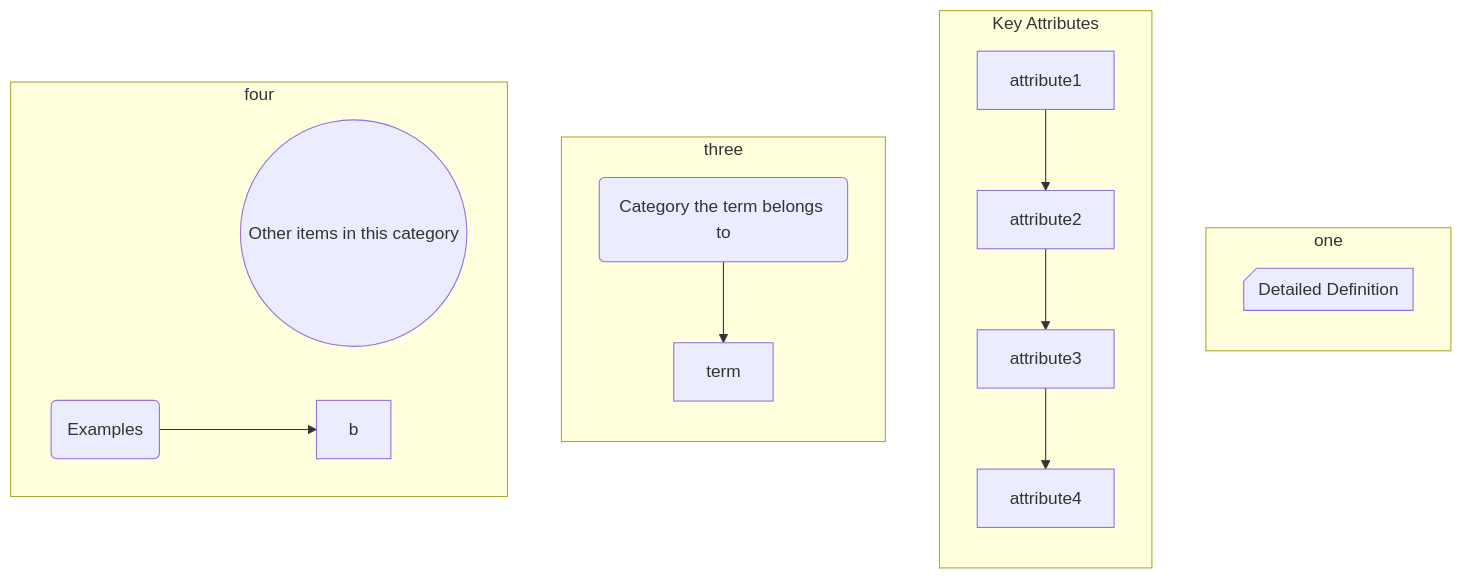
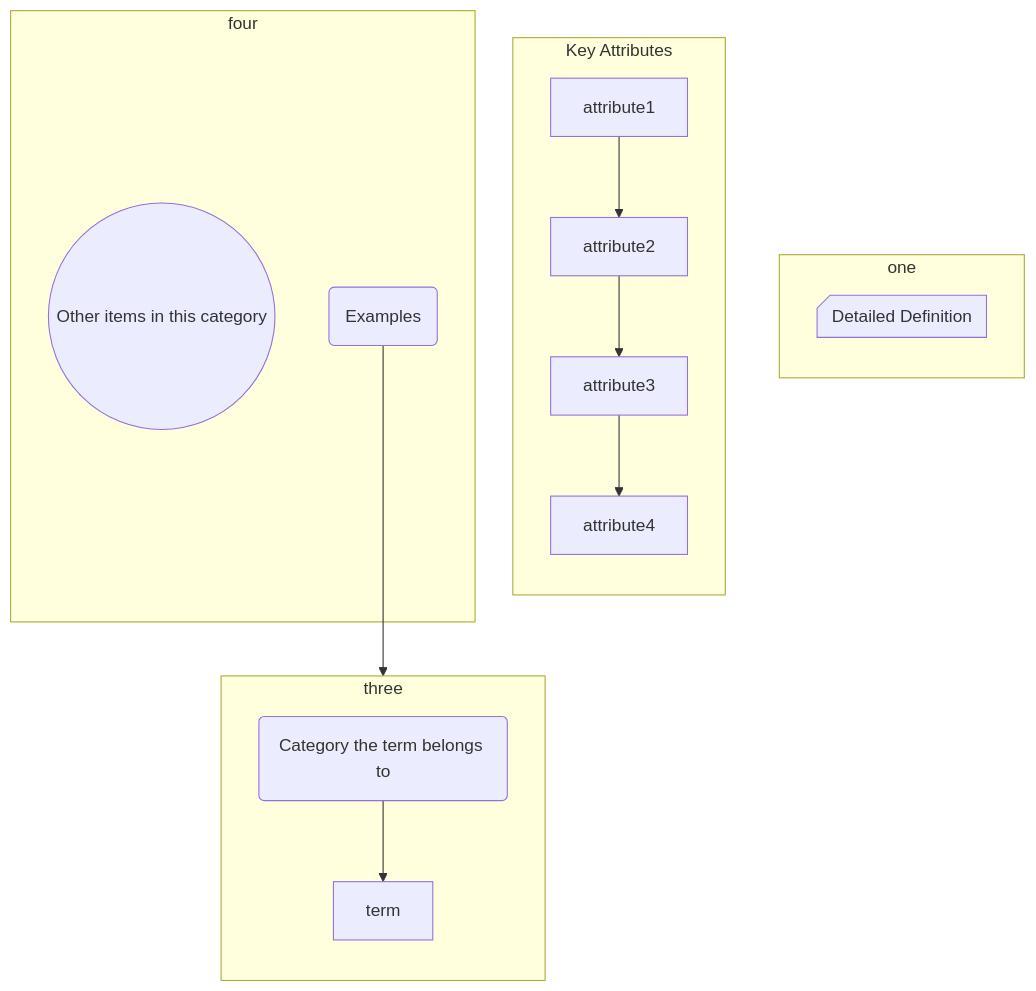
One commit to gerbssusd/dok changed the diagram in slides.md. Above: the diagram before and after it, drawn with Mermaid.

````diff
--- a/slides.md
+++ b/slides.md
@@ -217,29 +217,29 @@
 ```mermaid
 flowchart TB
     subgraph one 
      direction TB
     a1@{ shape: card, label: Detailed Definition}
      end
     subgraph Key Attributes
      direction TB
      d1[attribute1] -->
      d2[attribute2] -->
      d3[attribute3] -->
      d4[attribute4] 
      end
     subgraph three
       direction TB
         b1(Category the term belongs to) -->
         b2[term]
         end
     subgraph four
         e1((Other items in this category))
-        e2(Examples) -->b
+        e2(Examples) -->b2
         end
 
 
 
 
 
 
 ```
````
